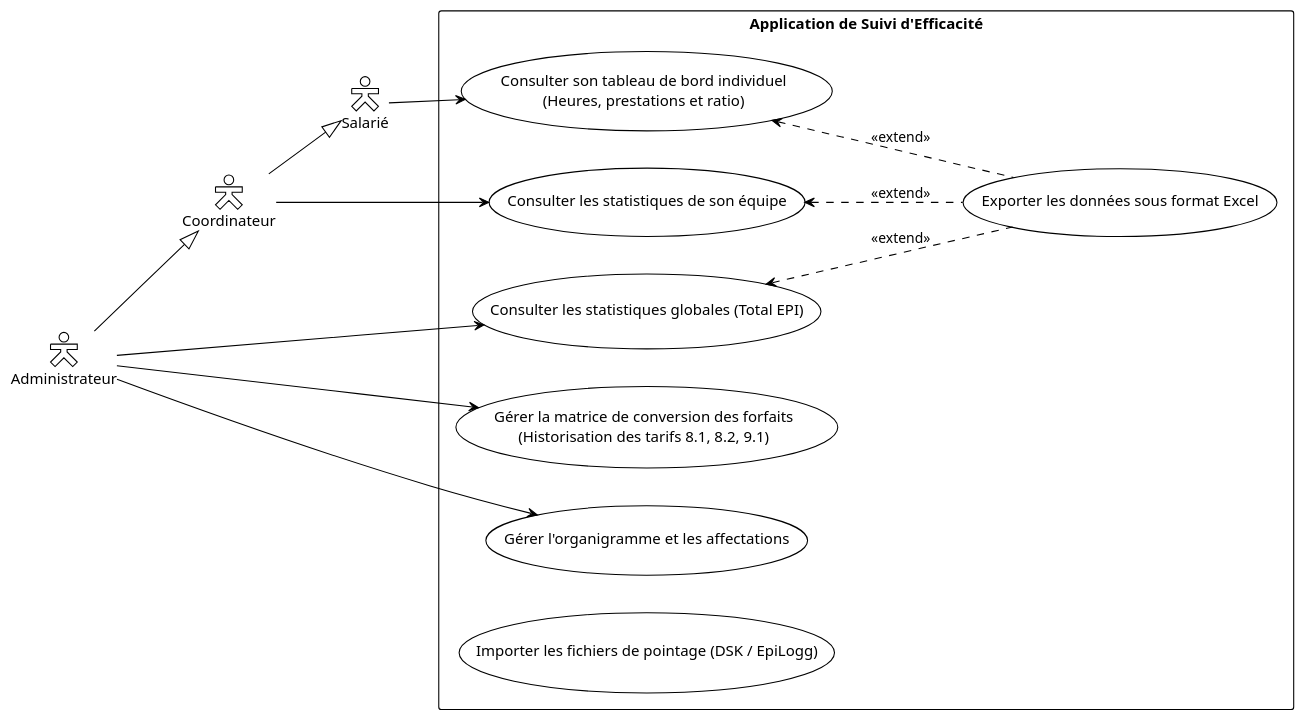
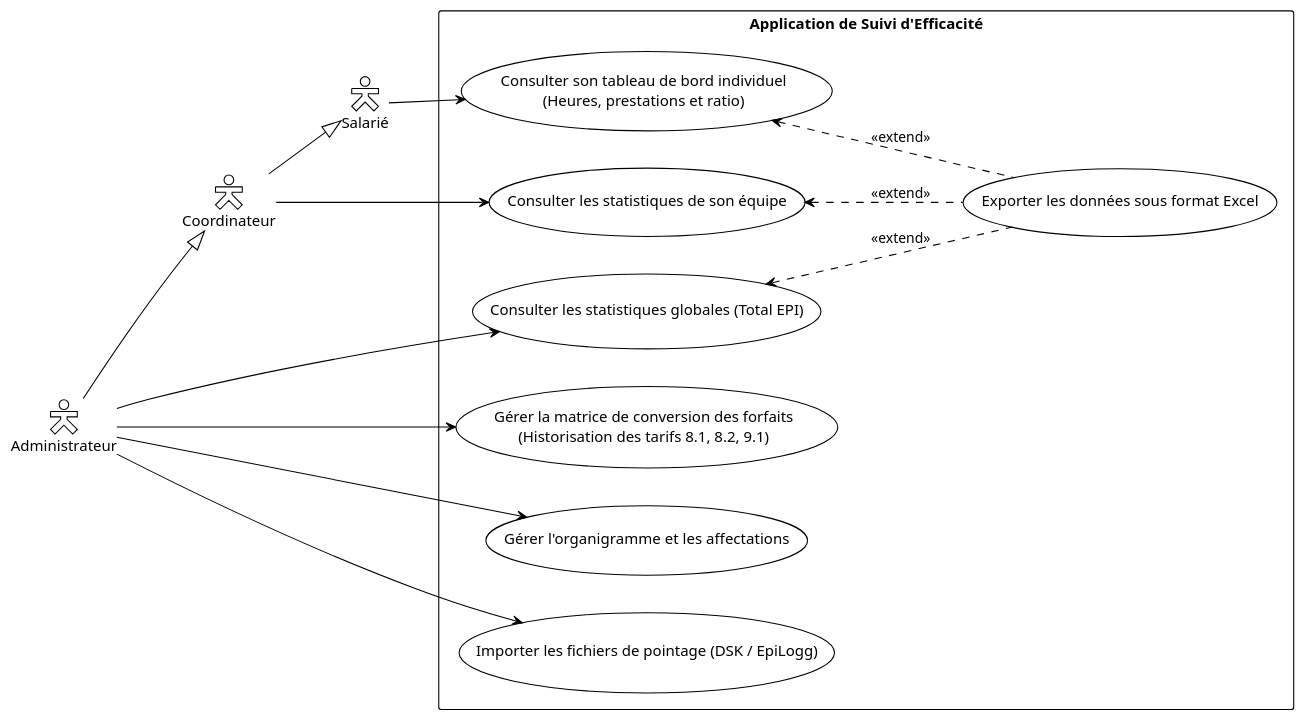
The diagram in diagramme_de_cas_d'utilisation.md (midjix/plantuml), drawn with PlantUML before and after one commit.

Commit message:
Fix formatting in use case diagram markdown

````diff
--- a/diagramme_de_cas_d'utilisation.md
+++ b/diagramme_de_cas_d'utilisation.md
@@ -1,43 +1,46 @@
 ```plantuml
 @startuml
 !theme plain
 left to right direction
 skinparam packageStyle rectangle
 skinparam actorStyle hollow
 
 ' --- Acteurs ---
 actor "Salarié" as sal
 actor "Coordinateur" as coord
 actor "Administrateur" as admin
 
 ' --- Héritage des rôles ---
 coord --|> sal
 admin --|> coord
 
 ' --- Système ---
 rectangle "Application de Suivi d'Efficacité" {
     
     ' Cas d'utilisation - Consultation
     usecase "Consulter son tableau de bord individuel\n(Heures, prestations et ratio)" as UC_dashboard
     usecase "Consulter les statistiques de son équipe" as UC_team_stats
     usecase "Consulter les statistiques globales (Total EPI)" as UC_global_stats
     
     ' Cas d'utilisation - Actions & Paramétrage
     usecase "Exporter les données sous format Excel" as UC_export
     usecase "Gérer la matrice de conversion des forfaits\n(Historisation des tarifs 8.1, 8.2, 9.1)" as UC_matrix
     usecase "Gérer l'organigramme et les affectations" as UC_organigramme
     usecase "Importer les fichiers de pointage (DSK / EpiLogg)" as UC_import
     
     ' Relations d'extension pour l'export Excel
     UC_dashboard <.. UC_export : <<extend>>
     UC_team_stats <.. UC_export : <<extend>>
     UC_global_stats <.. UC_export : <<extend>>
 }
 
 ' --- Liaisons Acteurs -> Cas d'utilisation ---
 sal --> UC_dashboard
 coord --> UC_team_stats
 admin --> UC_global_stats
 admin --> UC_matrix
 admin --> UC_organigramme
+admin --> UC_import
+
+@enduml
 ```
````
